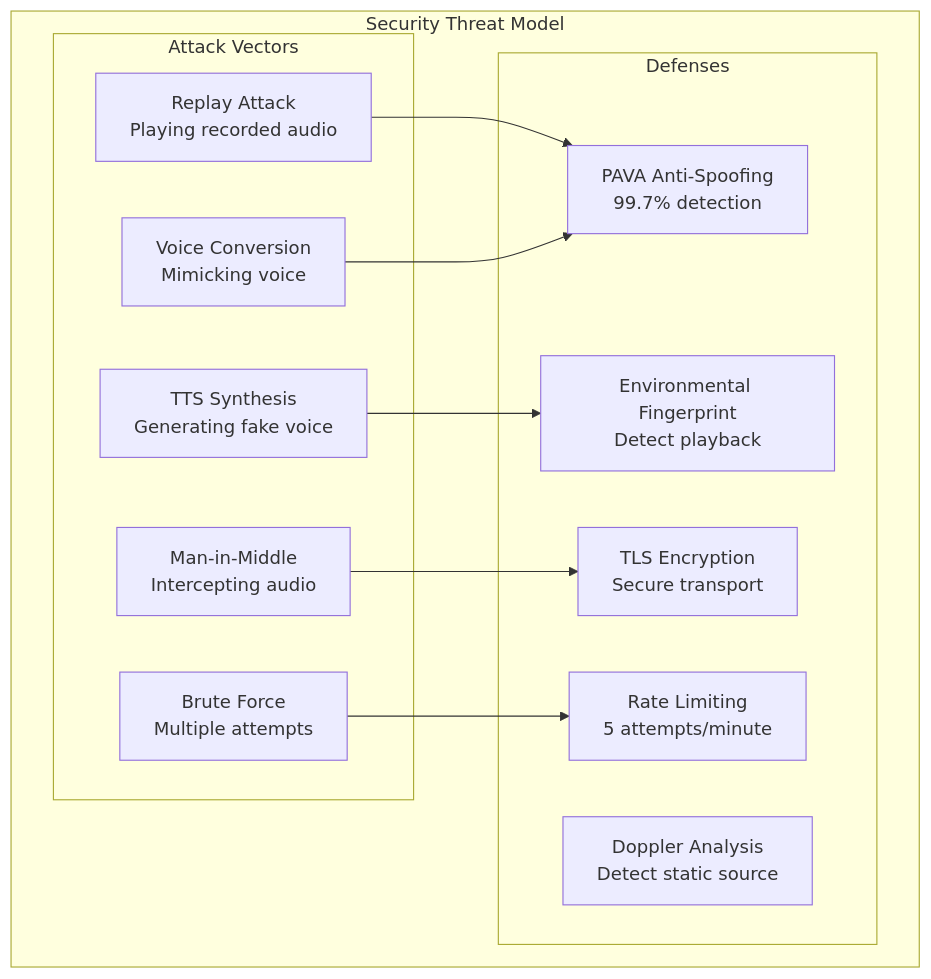
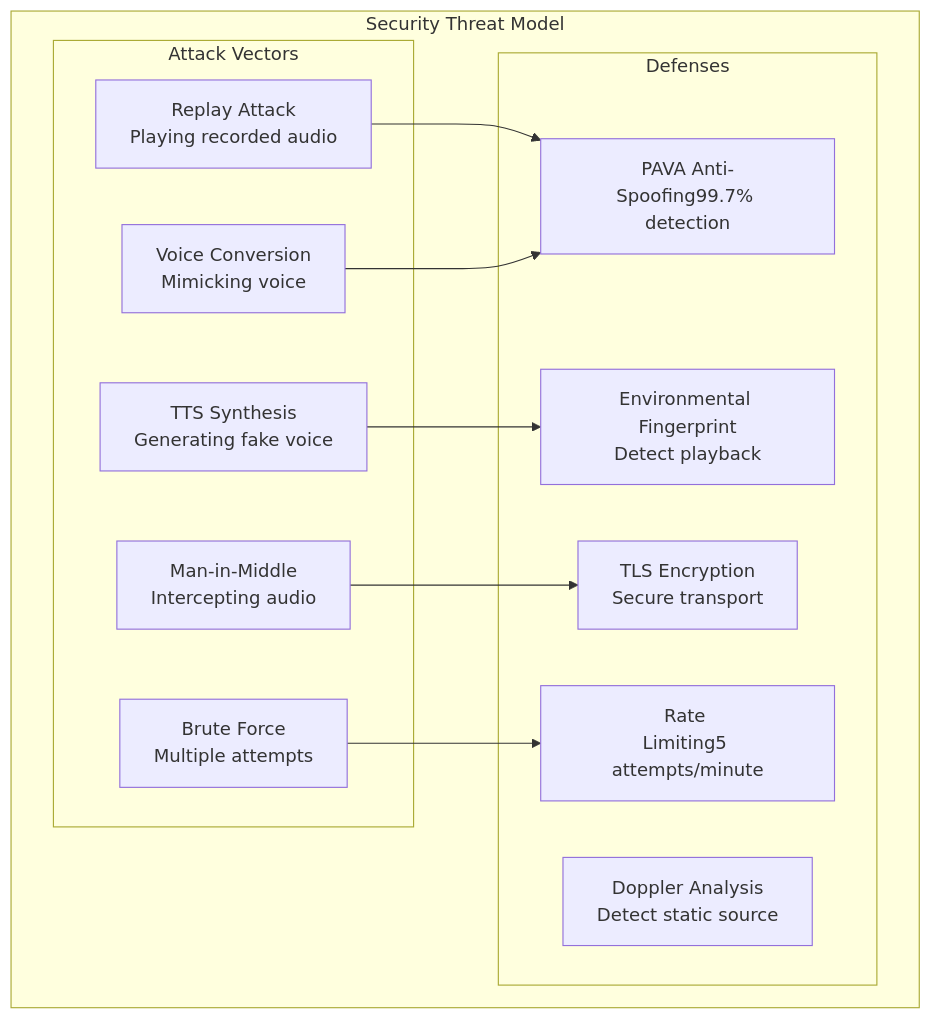
Diagram 12 of 13 in VOICE_BIOMETRIC_INTELLIGENCE_ARCHITECTURE.md (nandkishorrathodk-art/Ironcliw-ai), drawn with Mermaid before and after one commit. The commit also changed other lines of this file, not shown here.

````diff
--- a/VOICE_BIOMETRIC_INTELLIGENCE_ARCHITECTURE.md
+++ b/VOICE_BIOMETRIC_INTELLIGENCE_ARCHITECTURE.md
@@ -1195,26 +985,26 @@
 ```mermaid
 flowchart TB
     subgraph "Security Threat Model"
         subgraph "Attack Vectors"
             A1[Replay Attack<br/>Playing recorded audio]
             A2[TTS Synthesis<br/>Generating fake voice]
             A3[Voice Conversion<br/>Mimicking voice]
             A4[Man-in-Middle<br/>Intercepting audio]
             A5[Brute Force<br/>Multiple attempts]
         end
         
         subgraph "Defenses"
-            D1[PAVA Anti-Spoofing<br/>99.7% detection]
+            D1[PAVA Anti-<br/>Spoofing99.7% detection]
             D2[Environmental Fingerprint<br/>Detect playback]
             D3[Doppler Analysis<br/>Detect static source]
             D4[TLS Encryption<br/>Secure transport]
-            D5[Rate Limiting<br/>5 attempts/minute]
+            D5[Rate <br/>Limiting5 attempts/minute]
         end
         
         A1 --> D1
         A2 --> D2
         A3 --> D1
         A4 --> D4
         A5 --> D5
     end
 ```
````
